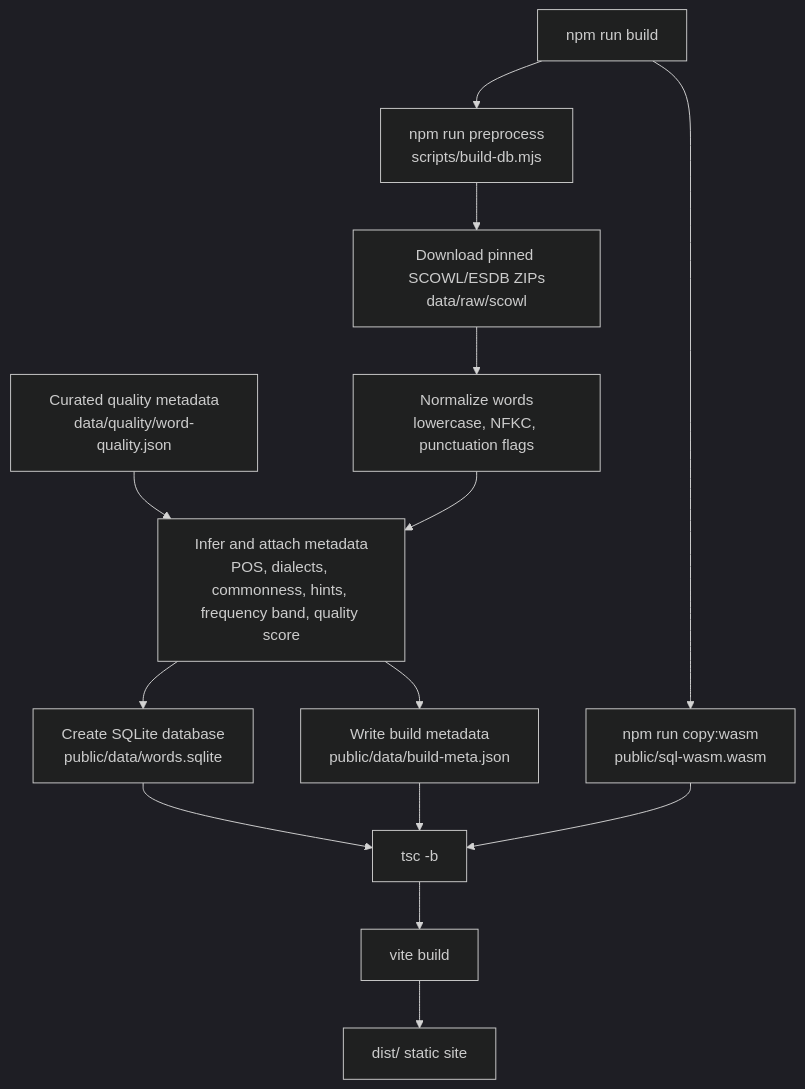
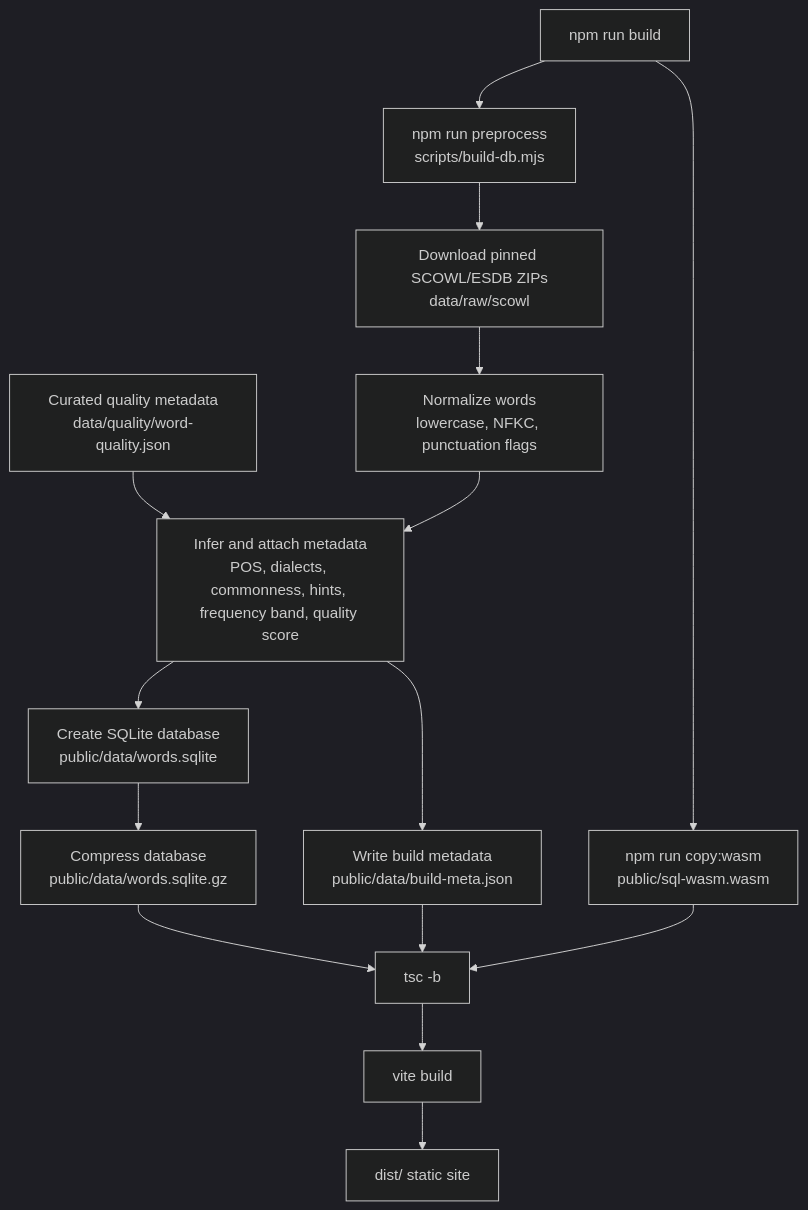
One commit to danysdragons/random-words changed the second of 14 diagrams in docs/architecture.md. Above: the diagram before and after it, drawn with Mermaid (dark theme). The commit also changed other lines of this file and 5 other files, not shown here.

````diff
--- a/docs/architecture.md
+++ b/docs/architecture.md
@@ -55,29 +55,31 @@
 ```mermaid
 flowchart TD
   Start["npm run build"]
   Preprocess["npm run preprocess<br/>scripts/build-db.mjs"]
   Download["Download pinned SCOWL/ESDB ZIPs<br/>data/raw/scowl"]
   QualityJson["Curated quality metadata<br/>data/quality/word-quality.json"]
   Normalize["Normalize words<br/>lowercase, NFKC, punctuation flags"]
   Enrich["Infer and attach metadata<br/>POS, dialects, commonness, hints, frequency band, quality score"]
   SQLite["Create SQLite database<br/>public/data/words.sqlite"]
+  SQLiteGzip["Compress database<br/>public/data/words.sqlite.gz"]
   Meta["Write build metadata<br/>public/data/build-meta.json"]
   CopyWasm["npm run copy:wasm<br/>public/sql-wasm.wasm"]
   Typecheck["tsc -b"]
   Vite["vite build"]
   Dist["dist/ static site"]
 
   Start --> Preprocess
   Preprocess --> Download
   QualityJson --> Enrich
   Download --> Normalize
   Normalize --> Enrich
   Enrich --> SQLite
+  SQLite --> SQLiteGzip
   Enrich --> Meta
   Start --> CopyWasm
-  SQLite --> Typecheck
+  SQLiteGzip --> Typecheck
   Meta --> Typecheck
   CopyWasm --> Typecheck
   Typecheck --> Vite
   Vite --> Dist
 ```
````
